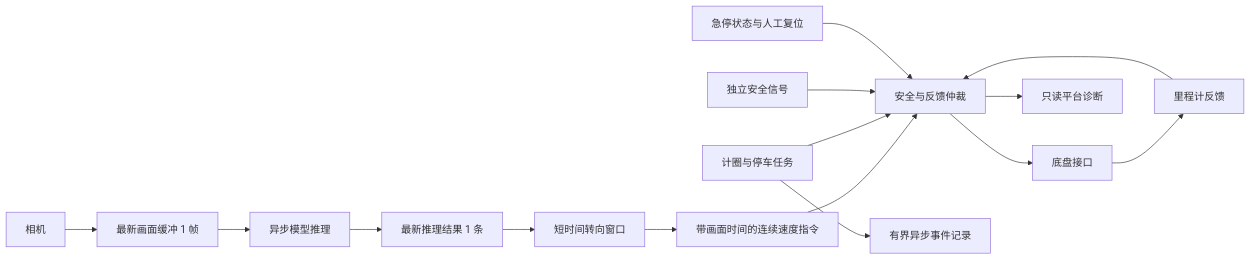
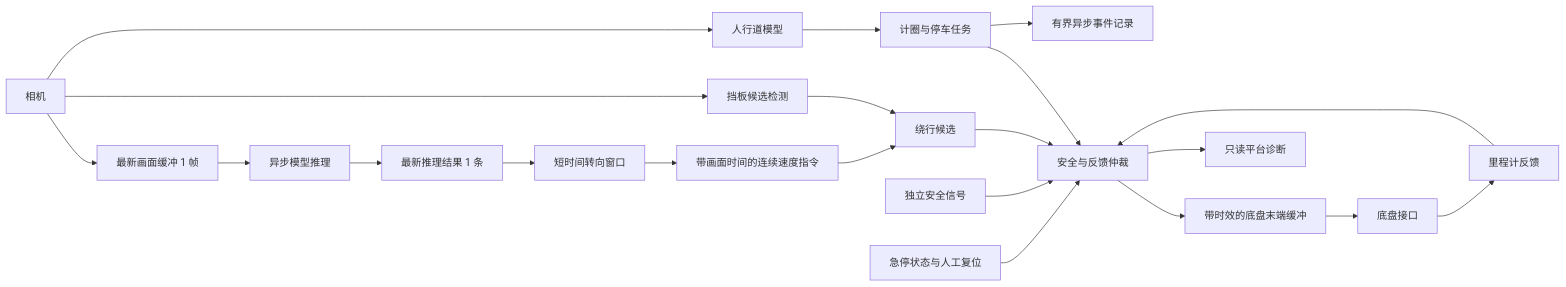
Before and after one commit to shiro123444/icancar: the diagram in 视觉导航备赛工具/实时窗口控制架构.md, drawn with Mermaid. The commit also changed other lines of this file and 51 other files, not shown here.

````diff
--- a/视觉导航备赛工具/实时窗口控制架构.md
+++ b/视觉导航备赛工具/实时窗口控制架构.md
@@ -5,17 +5,23 @@
 ```mermaid
 flowchart LR
   C[相机] --> F[最新画面缓冲 1 帧]
   F --> I[异步模型推理]
   I --> R[最新推理结果 1 条]
   R --> W[短时间转向窗口]
   W --> Q[带画面时间的连续速度指令]
-  Q --> G[安全与反馈仲裁]
+  C --> D[挡板候选检测]
+  Q --> A[绕行候选]
+  D --> A
+  A --> G[安全与反馈仲裁]
+  C --> Z[人行道模型]
+  Z --> M
   M[计圈与停车任务] --> G
   S[独立安全信号] --> G
   E[急停状态与人工复位] --> G
-  G --> B[底盘接口]
+  G --> T[带时效的底盘末端缓冲]
+  T --> B[底盘接口]
   B --> O[里程计反馈]
   O --> G
   M --> L[有界异步事件记录]
   G --> V[只读平台诊断]
 ```
````
